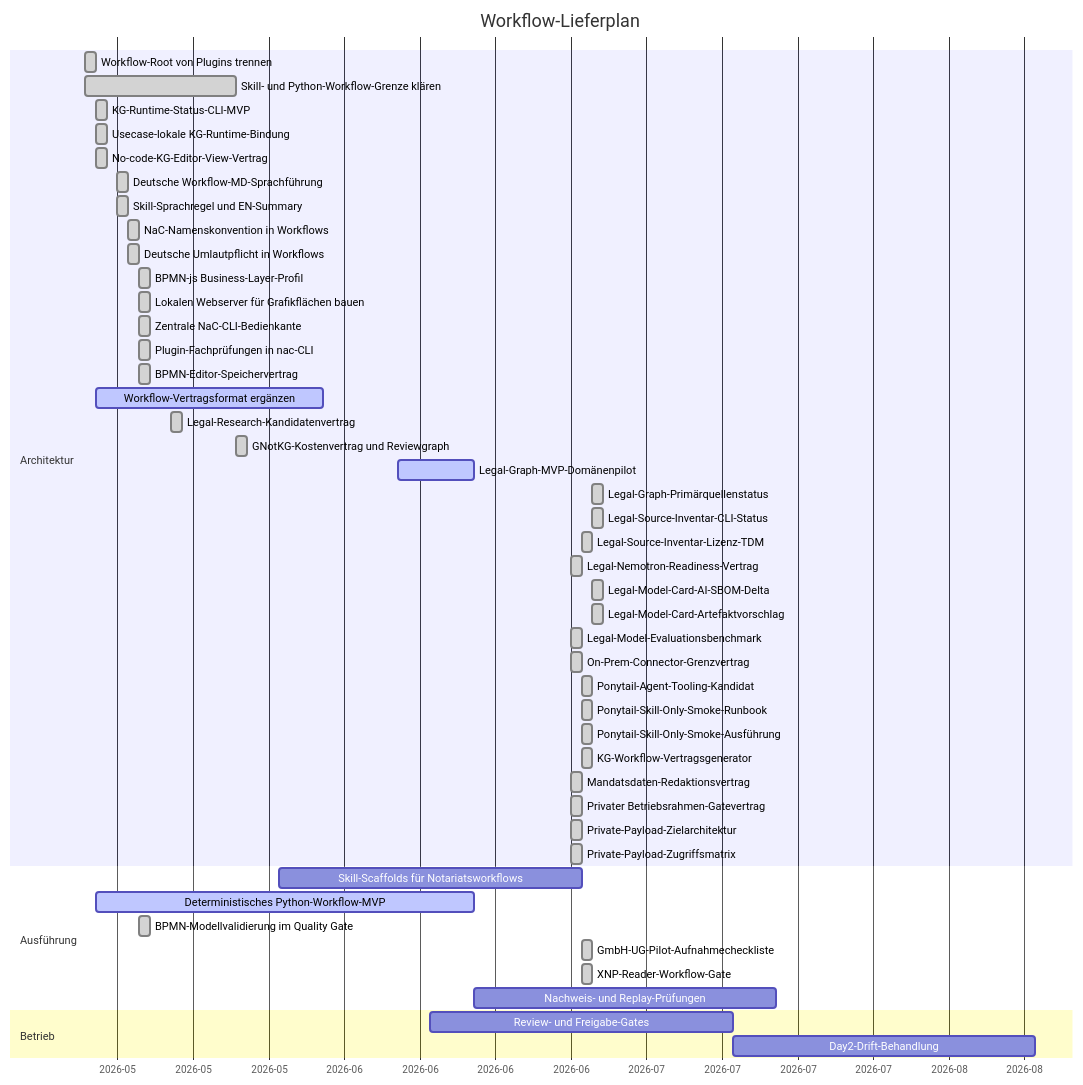
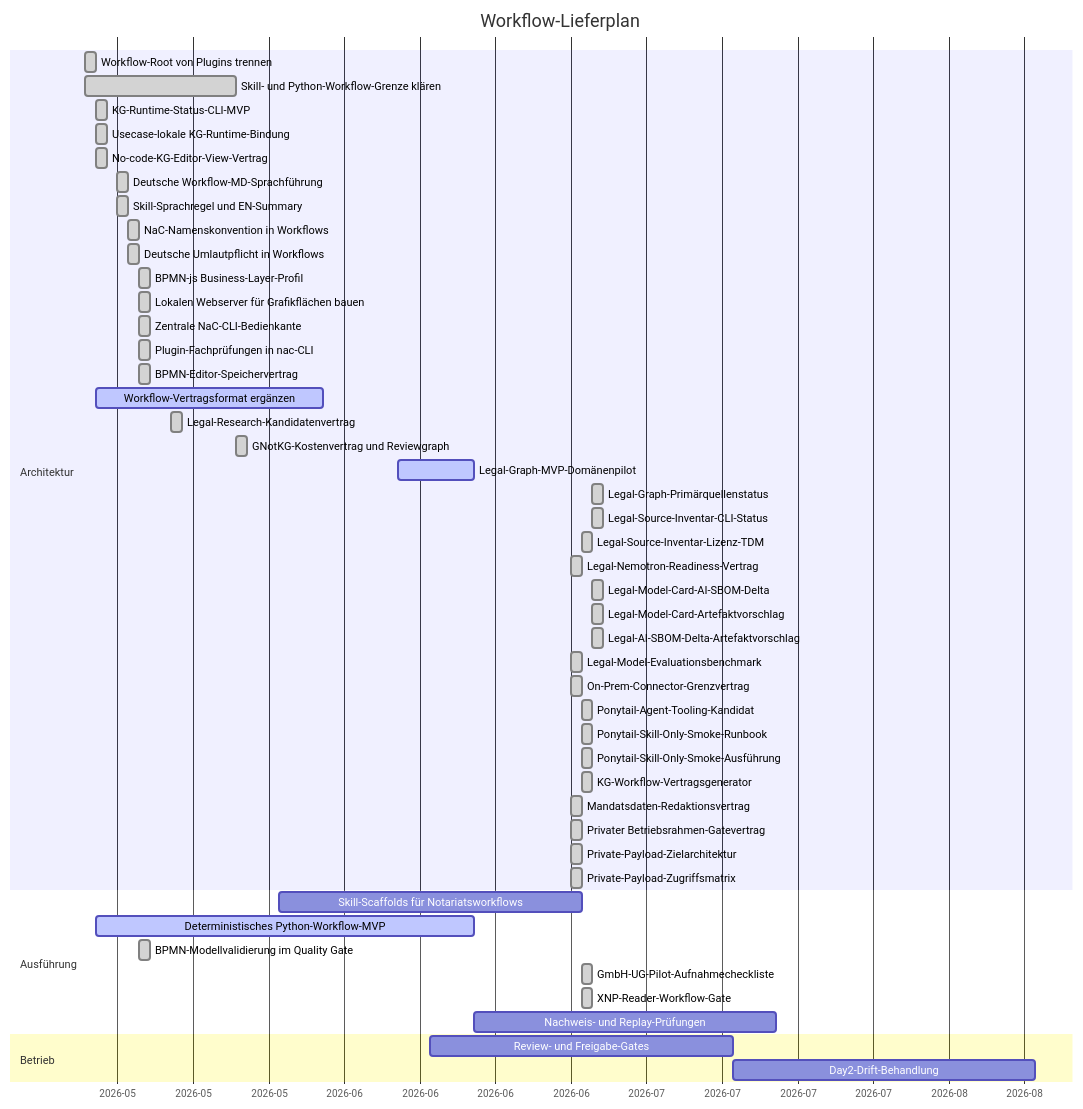
One commit to notariat8/NaC changed the diagram in workflows/GANTT.md. Above: the diagram before and after it, drawn with Mermaid. The commit also changed other lines of this file and 14 other files, not shown here.

Commit message:
Add legal AI SBOM delta proposal

````diff
--- a/workflows/GANTT.md
+++ b/workflows/GANTT.md
@@ -5,54 +5,55 @@
 ```mermaid
 gantt
     title Workflow-Lieferplan
     dateFormat  YYYY-MM-DD
     axisFormat  %Y-%m
 
     section Architektur
     Workflow-Root von Plugins trennen          :done,   w1, 2026-05-14, 1d
     Skill- und Python-Workflow-Grenze klären  :done,   w2, 2026-05-14, 14d
     KG-Runtime-Status-CLI-MVP                  :done,   w3, 2026-05-15, 1d
     Usecase-lokale KG-Runtime-Bindung          :done,   w3a, 2026-05-15, 1d
     No-code-KG-Editor-View-Vertrag             :done,   w4a, 2026-05-15, 1d
     Deutsche Workflow-MD-Sprachführung        :done,   w4b, 2026-05-17, 1d
     Skill-Sprachregel und EN-Summary            :done,   w4c, 2026-05-17, 1d
     NaC-Namenskonvention in Workflows           :done,   w4d, 2026-05-18, 1d
     Deutsche Umlautpflicht in Workflows         :done,   w4e, 2026-05-18, 1d
     BPMN-js Business-Layer-Profil               :done,   w4f, 2026-05-19, 1d
     Lokalen Webserver für Grafikflächen bauen  :done,   w4g, 2026-05-19, 1d
     Zentrale NaC-CLI-Bedienkante                :done,   w4h, 2026-05-19, 1d
     Plugin-Fachprüfungen in nac-CLI             :done,   w4i, 2026-05-19, 1d
     BPMN-Editor-Speichervertrag                 :done,   w4j, 2026-05-19, 1d
     Workflow-Vertragsformat ergänzen          :active, w4, 2026-05-15, 21d
     Legal-Research-Kandidatenvertrag           :done,   w4k, 2026-05-22, 1d
     GNotKG-Kostenvertrag und Reviewgraph        :done,   w4l, 2026-05-28, 1d
     Legal-Graph-MVP-Domänenpilot              :active, w4m, 2026-06-12, 7d
     Legal-Graph-Primärquellenstatus            :done,   w4z, 2026-06-30, 1d
     Legal-Source-Inventar-CLI-Status           :done,   w4aa, 2026-06-30, 1d
     Legal-Source-Inventar-Lizenz-TDM           :done,   w4u, 2026-06-29, 1d
     Legal-Nemotron-Readiness-Vertrag            :done,   w4s, 2026-06-28, 1d
     Legal-Model-Card-AI-SBOM-Delta             :done,   w4ab, 2026-06-30, 1d
     Legal-Model-Card-Artefaktvorschlag         :done,   w4ac, 2026-06-30, 1d
+    Legal-AI-SBOM-Delta-Artefaktvorschlag      :done,   w4ad, 2026-06-30, 1d
     Legal-Model-Evaluationsbenchmark           :done,   w4t, 2026-06-28, 1d
     On-Prem-Connector-Grenzvertrag            :done,   w4n, 2026-06-28, 1d
     Ponytail-Agent-Tooling-Kandidat            :done,   w4v, 2026-06-29, 1d
     Ponytail-Skill-Only-Smoke-Runbook          :done,   w4w, 2026-06-29, 1d
     Ponytail-Skill-Only-Smoke-Ausführung       :done,   w4x, 2026-06-29, 1d
     KG-Workflow-Vertragsgenerator              :done,   w4y, 2026-06-29, 1d
     Mandatsdaten-Redaktionsvertrag             :done,   w4o, 2026-06-28, 1d
     Privater Betriebsrahmen-Gatevertrag        :done,   w4p, 2026-06-28, 1d
     Private-Payload-Zielarchitektur            :done,   w4q, 2026-06-28, 1d
     Private-Payload-Zugriffsmatrix             :done,   w4r, 2026-06-28, 1d
 
     section Ausführung
     Skill-Scaffolds für Notariatsworkflows    :        w5, 2026-06-01, 28d
     Deterministisches Python-Workflow-MVP      :active, w6, 2026-05-15, 35d
     BPMN-Modellvalidierung im Quality Gate      :done,   w6a, 2026-05-19, 1d
     GmbH-UG-Pilot-Aufnahmecheckliste           :done,   w6b, 2026-06-29, 1d
     XNP-Reader-Workflow-Gate                   :done,   w6c, 2026-06-29, 1d
     Nachweis- und Replay-Prüfungen            :        w7, after w6, 28d
 
     section Betrieb
     Review- und Freigabe-Gates                 :        w8, 2026-06-15, 28d
     Day2-Drift-Behandlung                      :        w9, after w8, 28d
 ```
````
